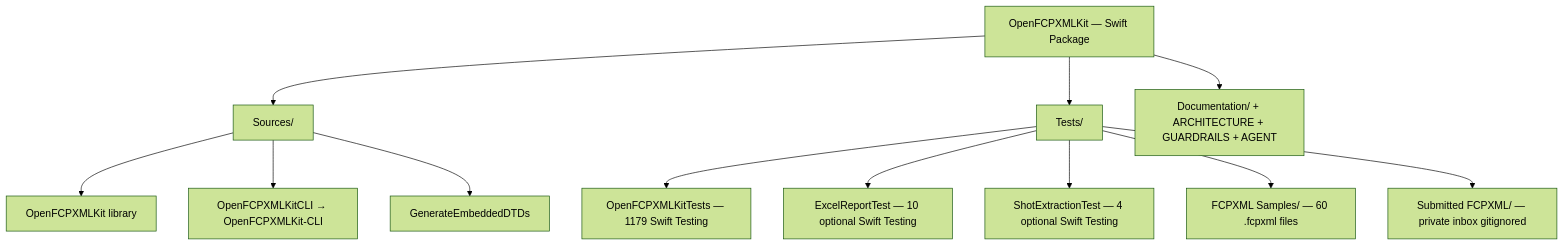
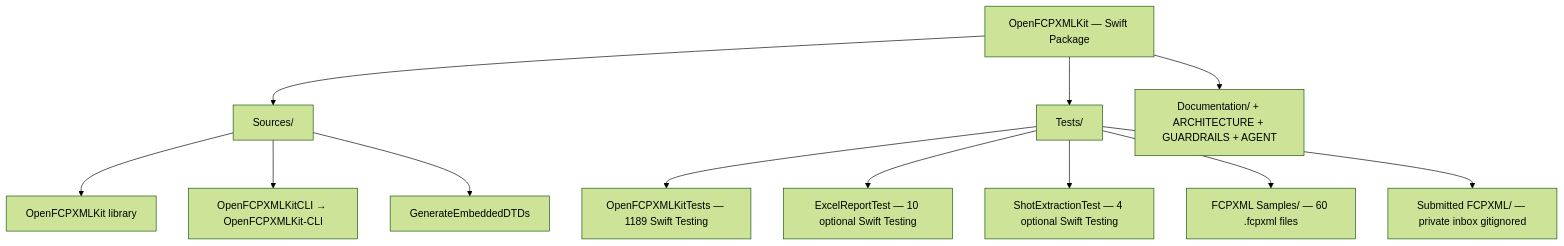
The first of 6 diagrams in ARCHITECTURE.md (TheAcharya/OpenFCPXMLKit), drawn with Mermaid (forest theme) before and after one commit. The commit also changed other lines of this file and 28 other files, not shown here.

````diff
--- a/ARCHITECTURE.md
+++ b/ARCHITECTURE.md
@@ -220,18 +220,18 @@
 ```mermaid
 flowchart TB
     Pkg["OpenFCPXMLKit — Swift Package"]
 
     Pkg --> SRC["Sources/"]
     Pkg --> TST["Tests/"]
     Pkg --> DOC["Documentation/ + ARCHITECTURE + GUARDRAILS + AGENT"]
 
     SRC --> LIB["OpenFCPXMLKit library"]
     SRC --> CLI["OpenFCPXMLKitCLI → OpenFCPXMLKit-CLI"]
     SRC --> GEN["GenerateEmbeddedDTDs"]
 
-    TST --> OKT["OpenFCPXMLKitTests — 1179 Swift Testing"]
+    TST --> OKT["OpenFCPXMLKitTests — 1189 Swift Testing"]
     TST --> ERT["ExcelReportTest — 10 optional Swift Testing"]
     TST --> SET["ShotExtractionTest — 4 optional Swift Testing"]
     TST --> SMP["FCPXML Samples/ — 60 .fcpxml files"]
     TST --> SUB["Submitted FCPXML/ — private inbox gitignored"]
 ```
````
